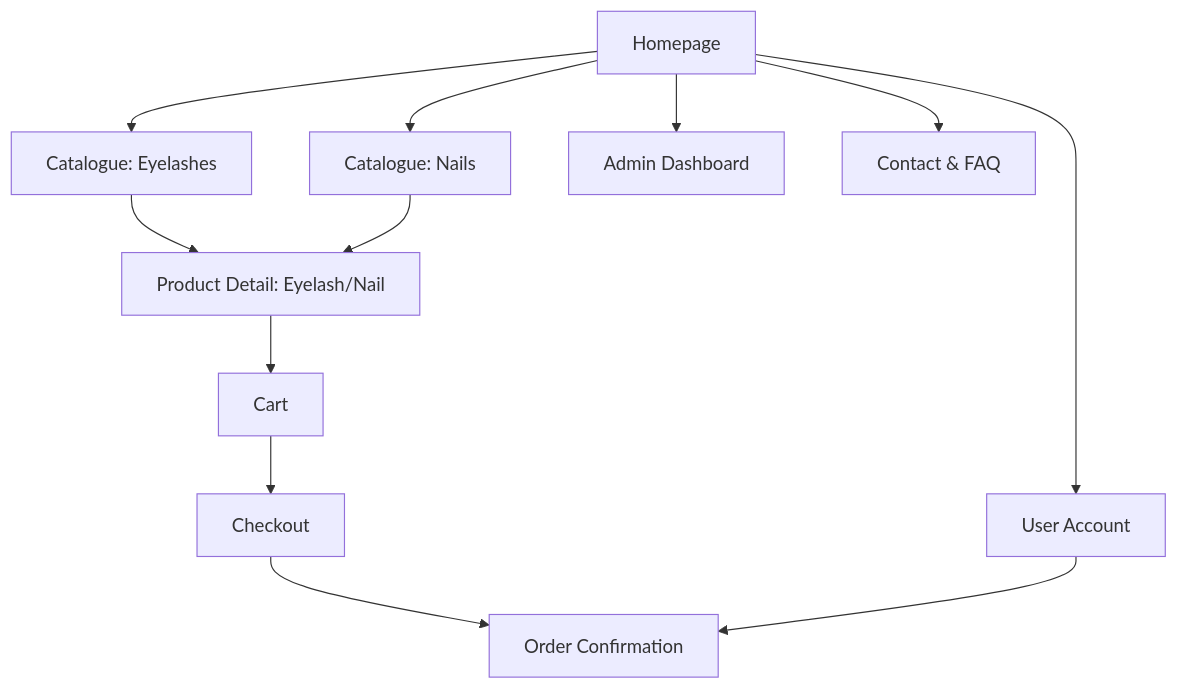
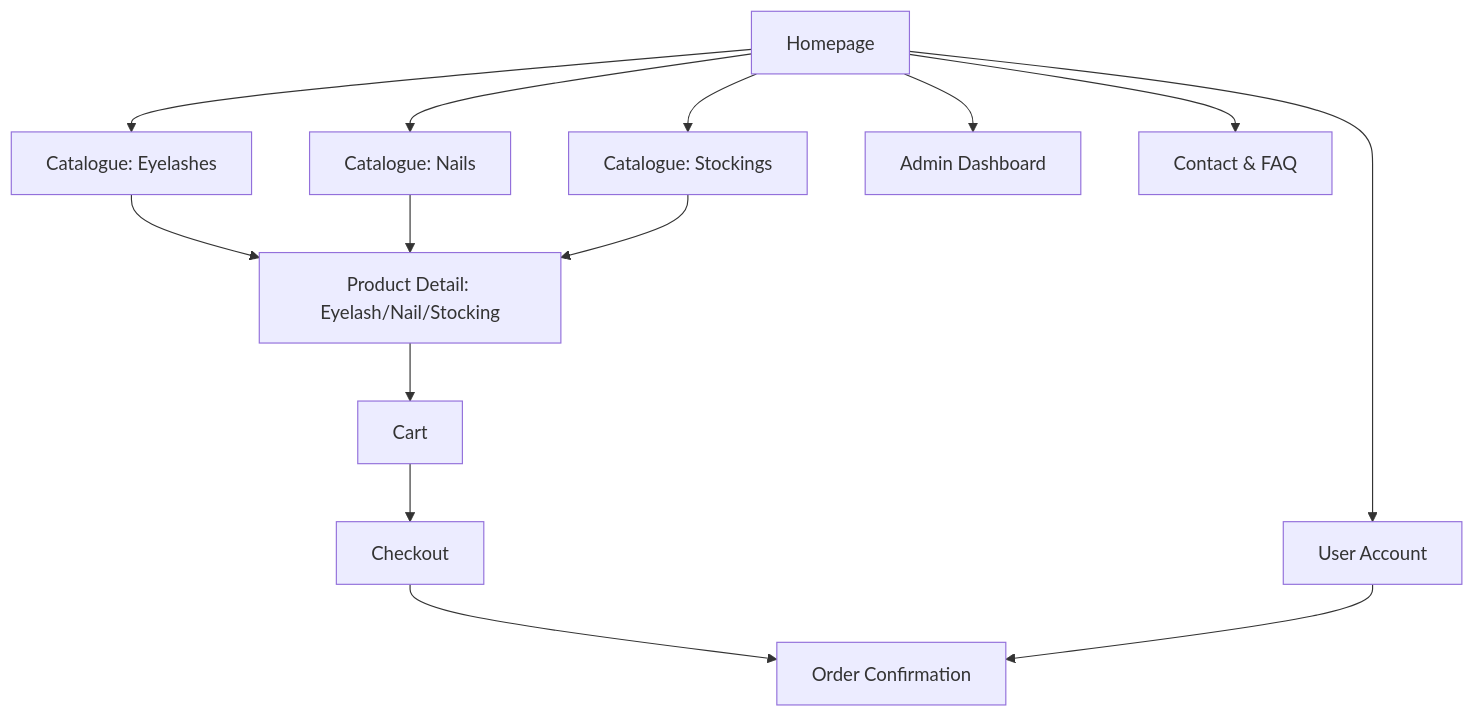
The diagram in specs/product-spec.md (misterfitzy/false-eyelash-store), drawn with Mermaid before and after one commit. The commit also changed other lines of this file, not shown here.

Commit message:
Expand spec: add sheer stockings as third core category (catalogue, admin, cart, data model, UX, etc.)

````diff
--- a/specs/product-spec.md
+++ b/specs/product-spec.md
@@ -62,25 +66,28 @@
 ```mermaid
 graph TD
   A[Homepage]
   B[Catalogue: Eyelashes]
   B2[Catalogue: Nails]
-  C[Product Detail: Eyelash/Nail]
+  B3[Catalogue: Stockings]
+  C[Product Detail: Eyelash/Nail/Stocking]
   D[Cart]
   E[Checkout]
   F[Order Confirmation]
   G[User Account]
   H[Admin Dashboard]
   I[Contact & FAQ]
 
   A --> B
   A --> B2
+  A --> B3
   B --> C
   B2 --> C
+  B3 --> C
   C --> D
   D --> E
   E --> F
   A --> G
   A --> I
   G --> F
   A --> H
 ```
````
